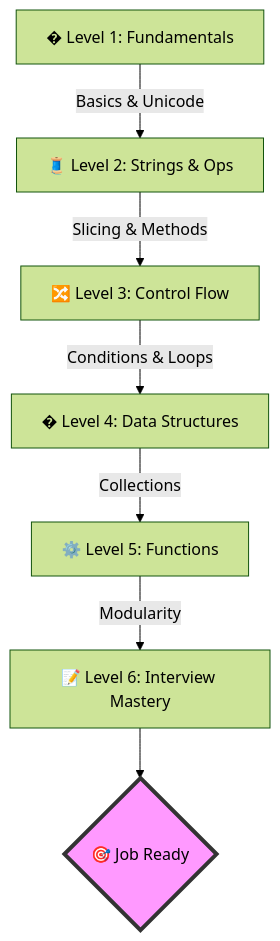
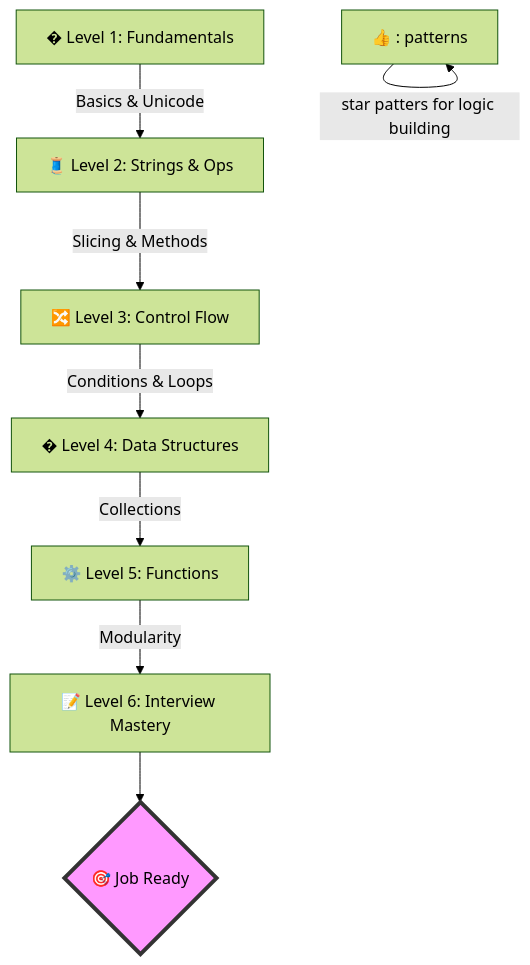
One commit to doxpro26-star/Python_notes_byDoxpro changed the diagram in README.md. Above: the diagram before and after it, drawn with Mermaid (forest theme).

````diff
--- a/README.md
+++ b/README.md
@@ -54,11 +54,12 @@
 ```mermaid
 graph TD
     A[� Level 1: Fundamentals] -- Basics & Unicode --> B[🧵 Level 2: Strings & Ops]
     B -- Slicing & Methods --> C[🔀 Level 3: Control Flow]
     C -- Conditions & Loops --> D[� Level 4: Data Structures]
+    * --  star patters for logic building --> *[👍 : patterns]
     D -- Collections --> E[⚙️ Level 5: Functions]
     E -- Modularity --> F[📝 Level 6: Interview Mastery]
     F --> G{🎯 Job Ready}
     
     style G fill:#f9f,stroke:#333,stroke-width:4px
 ```
````
